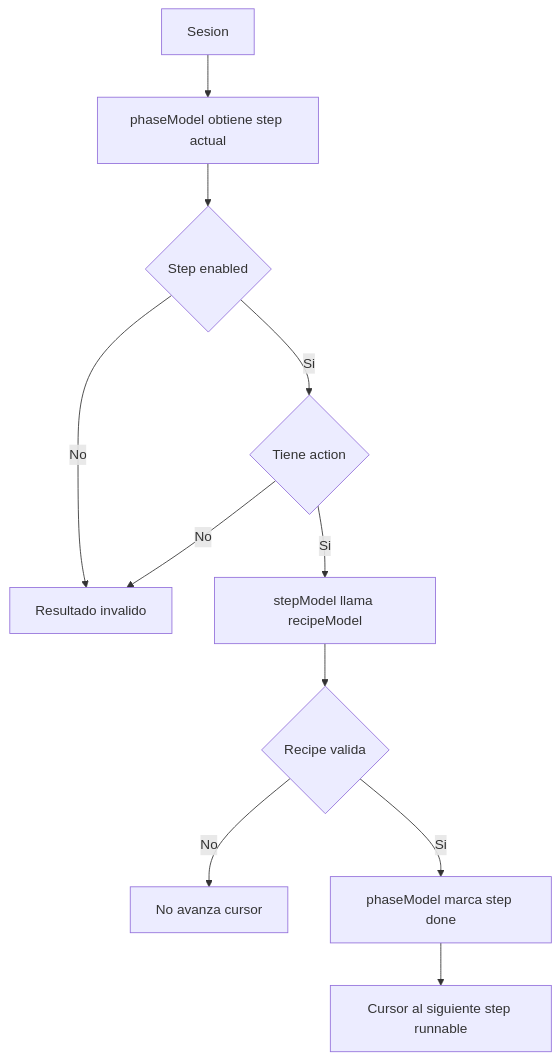
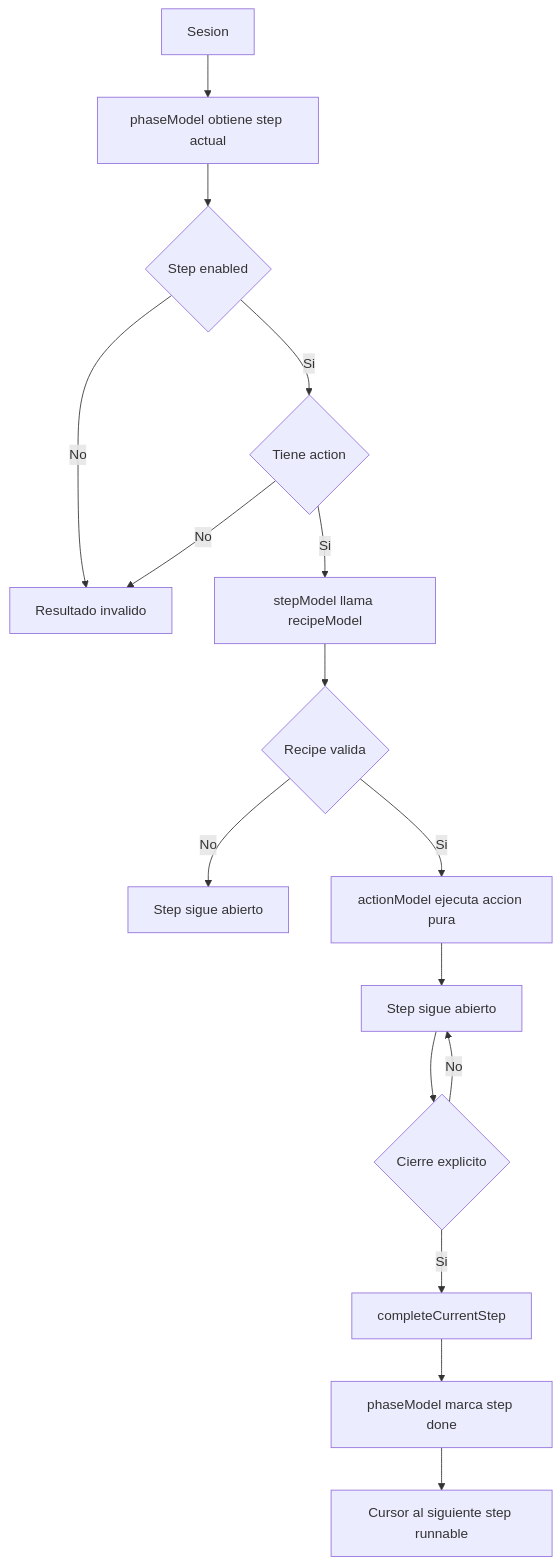
One commit to juanramonmorandeira/castronegro-director changed the second of 12 diagrams in docs/engine_flow_map.md. Above: the diagram before and after it, drawn with Mermaid. The commit also changed other lines of this file and 29 other files, not shown here.

````diff
--- a/docs/engine_flow_map.md
+++ b/docs/engine_flow_map.md
@@ -69,13 +89,18 @@
 ```mermaid
 graph TD
   A[Sesion] --> B[phaseModel obtiene step actual]
   B --> C{Step enabled}
   C -->|No| D[Resultado invalido]
   C -->|Si| E{Tiene action}
   E -->|No| D
   E -->|Si| F[stepModel llama recipeModel]
   F --> G{Recipe valida}
-  G -->|No| H[No avanza cursor]
-  G -->|Si| I[phaseModel marca step done]
-  I --> J[Cursor al siguiente step runnable]
+  G -->|No| H[Step sigue abierto]
+  G -->|Si| I[actionModel ejecuta accion pura]
+  I --> J[Step sigue abierto]
+  J --> K{Cierre explicito}
+  K -->|No| J
+  K -->|Si| L[completeCurrentStep]
+  L --> M[phaseModel marca step done]
+  M --> N[Cursor al siguiente step runnable]
 ```
````
